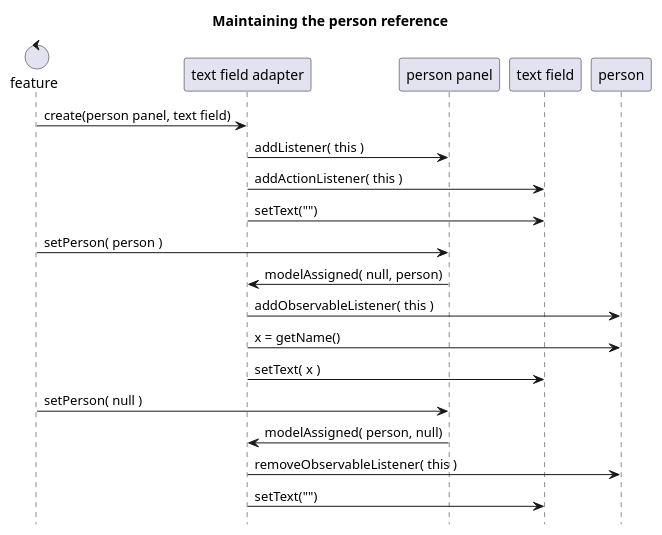
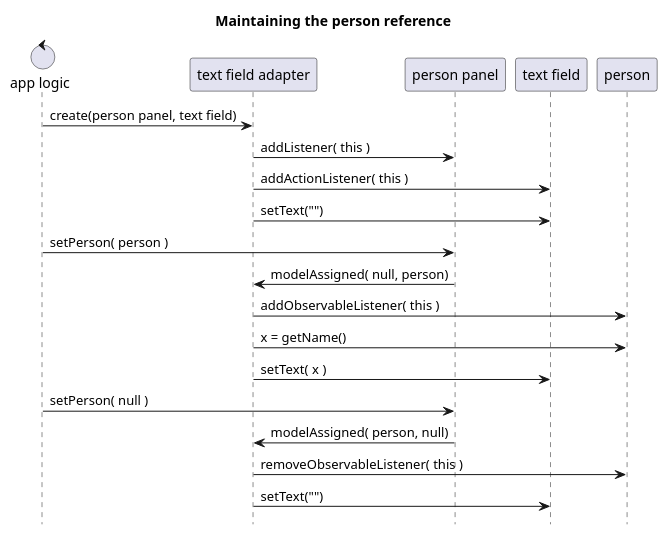
One commit to goranstack/esox changed the seventh of 8 diagrams in gh-pages/src/main/asciidoc/index.adoc. Above: the diagram before and after it, drawn with PlantUML. The commit also changed other lines of this file and 185 other files, not shown here.

```diff
--- a/gh-pages/src/main/asciidoc/index.adoc
+++ b/gh-pages/src/main/asciidoc/index.adoc
@@ -194,24 +193,24 @@
 [plantuml, person-reference, svg]
 ....
 @startuml
 
 hide footbox
 title Maintaining the person reference
 
-control feature
+control "app logic"
 
-feature -> "text field adapter" : create(person panel, text field)
+"app logic" -> "text field adapter" : create(person panel, text field)
 "text field adapter" -> "person panel" : addListener( this )
 "text field adapter" -> "text field" : addActionListener( this )
 "text field adapter" -> "text field" : setText("")
-feature -> "person panel" : setPerson( person )
+"app logic" -> "person panel" : setPerson( person )
 "person panel" -> "text field adapter" : modelAssigned( null, person)
 "text field adapter" -> person : addObservableListener( this )
 "text field adapter" -> person : x = getName()
 "text field adapter" -> "text field": setText( x )
-feature -> "person panel" : setPerson( null )
+"app logic" -> "person panel" : setPerson( null )
 "person panel" -> "text field adapter" : modelAssigned( person, null)
 "text field adapter" -> person : removeObservableListener( this )
 "text field adapter" -> "text field" : setText("")
 @enduml
 ....
```
